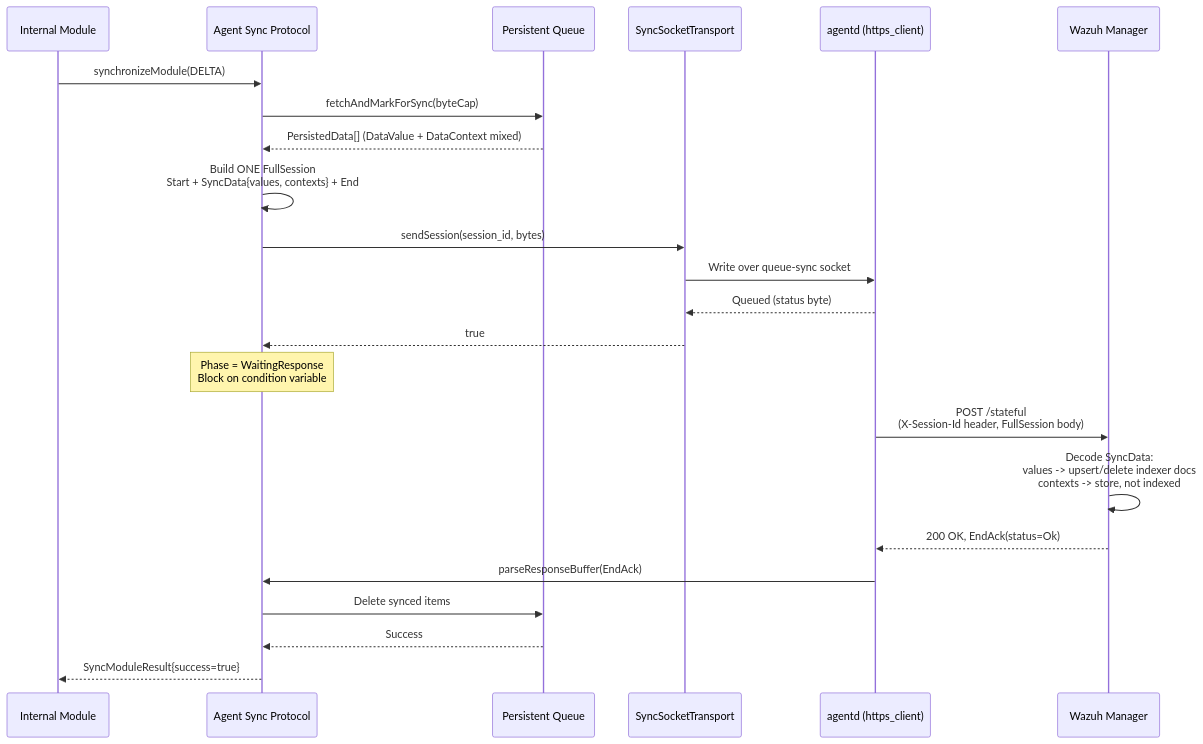
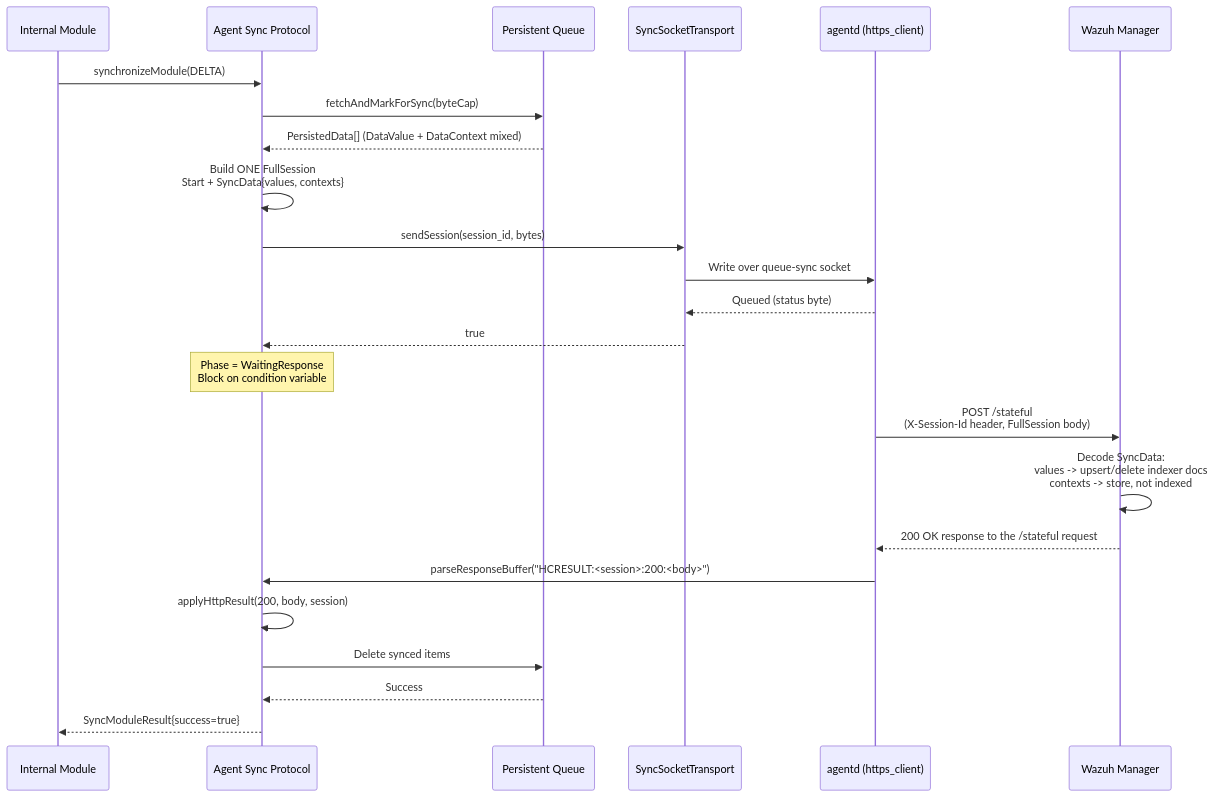
Before and after one commit to wazuh/wazuh: the third of 12 diagrams in docs/ref/modules/utils/sync-protocol/sequence-diagrams.md, drawn with Mermaid. The commit also changed other lines of this file and 55 other files, not shown here.

````diff
--- a/docs/ref/modules/utils/sync-protocol/sequence-diagrams.md
+++ b/docs/ref/modules/utils/sync-protocol/sequence-diagrams.md
@@ -54,30 +54,31 @@
 ```mermaid
 sequenceDiagram
     participant Module as Internal Module
     participant ASP as Agent Sync Protocol
     participant Queue as Persistent Queue
     participant Transport as SyncSocketTransport
     participant AD as agentd (https_client)
     participant Manager as Wazuh Manager
 
     Module->>ASP: synchronizeModule(DELTA)
     ASP->>Queue: fetchAndMarkForSync(byteCap)
     Queue-->>ASP: PersistedData[] (DataValue + DataContext mixed)
 
-    ASP->>ASP: Build ONE FullSession<br/>Start + SyncData{values, contexts} + End
+    ASP->>ASP: Build ONE FullSession<br/>Start + SyncData{values, contexts}
     ASP->>Transport: sendSession(session_id, bytes)
     Transport->>AD: Write over queue-sync socket
     AD-->>Transport: Queued (status byte)
     Transport-->>ASP: true
 
     Note over ASP: Phase = WaitingResponse<br/>Block on condition variable
 
     AD->>Manager: POST /stateful<br/>(X-Session-Id header, FullSession body)
     Manager->>Manager: Decode SyncData:<br/>values -> upsert/delete indexer docs<br/>contexts -> store, not indexed
-    Manager-->>AD: 200 OK, EndAck(status=Ok)
-    AD->>ASP: parseResponseBuffer(EndAck)
+    Manager-->>AD: 200 OK response to the /stateful request
+    AD->>ASP: parseResponseBuffer("HCRESULT:<session>:200:<body>")
+    ASP->>ASP: applyHttpResult(200, body, session)
     ASP->>Queue: Delete synced items
     Queue-->>ASP: Success
 
     ASP-->>Module: SyncModuleResult{success=true}
 ```
````
